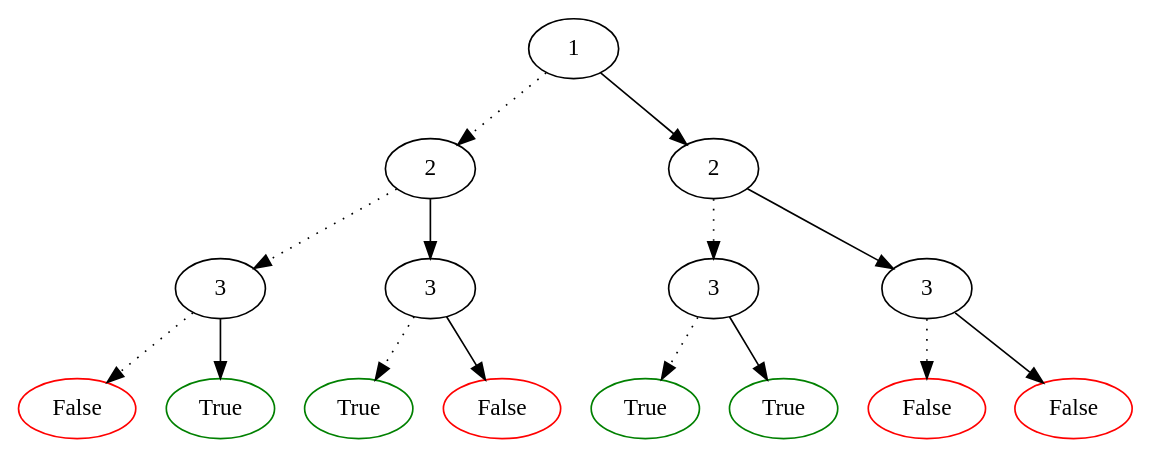
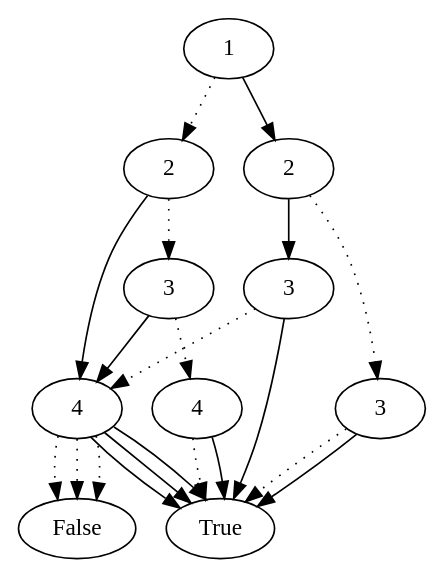
The diagram in monfichier.dot (Tinshea/Zero-Suppressed-Binary-Decision-Diagram), drawn with Graphviz before and after one commit. The commit also changed 3 other files, not shown here.

```diff
--- a/monfichier.dot
+++ b/monfichier.dot
@@ -1,31 +1,43 @@
 digraph  {
-  1015002715760 [label = 1];
-  1015002715760 -> 1015003122728 [style=dotted] 
-  1015002715760 -> 1015003122712  
-  1015003122728 [label = 2];
-  1015003122728 -> 1015003122632 [style=dotted] 
-  1015003122728 -> 1015003122616  
-  1015003122632 [label = 3];
-  1015003122632 -> 1015003122592 [style=dotted] 
-  1015003122632 -> 1015003122584  
-  1015003122592 [label = False, color = red] 
- 1015003122584 [label = True, color = green] 
-  1015003122616 [label = 3];
-  1015003122616 -> 1015003122608 [style=dotted] 
-  1015003122616 -> 1015003122600  
- 1015003122608 [label = True, color = green] 
-  1015003122600 [label = False, color = red] 
-  1015003122712 [label = 2];
-  1015003122712 -> 1015003122696 [style=dotted] 
-  1015003122712 -> 1015003122680  
-  1015003122696 [label = 3];
-  1015003122696 -> 1015003122656 [style=dotted] 
-  1015003122696 -> 1015003122648  
- 1015003122656 [label = True, color = green] 
- 1015003122648 [label = True, color = green] 
-  1015003122680 [label = 3];
-  1015003122680 -> 1015003122672 [style=dotted] 
-  1015003122680 -> 1015003122664  
-  1015003122672 [label = False, color = red] 
-  1015003122664 [label = False, color = red] 
+  1043673113976 [label = 1];
+  1043673113976 -> 1043673117744 [style=dotted] 
+  1043673113976 -> 1043673115164  
+  1043673117744 [label = 2];
+  1043673117744 -> 1043673119216 [style=dotted] 
+  1043673117744 -> 1043673119576  
+  1043673119216 [label = 3];
+  1043673119216 -> 1043673120016 [style=dotted] 
+  1043673119216 -> 1043673119576  
+  1043673120016 [label = 4];
+  1043673120016 -> 1043673120356 [style=dotted] 
+  1043673120016 -> 1043673120356  
+ 1043673120356 [label = True] 
+ 1043673120356 [label = True] 
+  1043673119576 [label = 4];
+  1043673119576 -> 1043673119904 [style=dotted] 
+  1043673119576 -> 1043673120356  
+  1043673119904 [label = False] 
+ 1043673120356 [label = True] 
+  1043673119576 [label = 4];
+  1043673119576 -> 1043673119904 [style=dotted] 
+  1043673119576 -> 1043673120356  
+  1043673119904 [label = False] 
+ 1043673120356 [label = True] 
+  1043673115164 [label = 2];
+  1043673115164 -> 1043673116804 [style=dotted] 
+  1043673115164 -> 1043673115776  
+  1043673116804 [label = 3];
+  1043673116804 -> 1043673120356 [style=dotted] 
+  1043673116804 -> 1043673120356  
+ 1043673120356 [label = True] 
+ 1043673120356 [label = True] 
+  1043673115776 [label = 3];
+  1043673115776 -> 1043673119576 [style=dotted] 
+  1043673115776 -> 1043673120356  
+  1043673119576 [label = 4];
+  1043673119576 -> 1043673119904 [style=dotted] 
+  1043673119576 -> 1043673120356  
+  1043673119904 [label = False] 
+ 1043673120356 [label = True] 
+ 1043673120356 [label = True] 
 }
```
